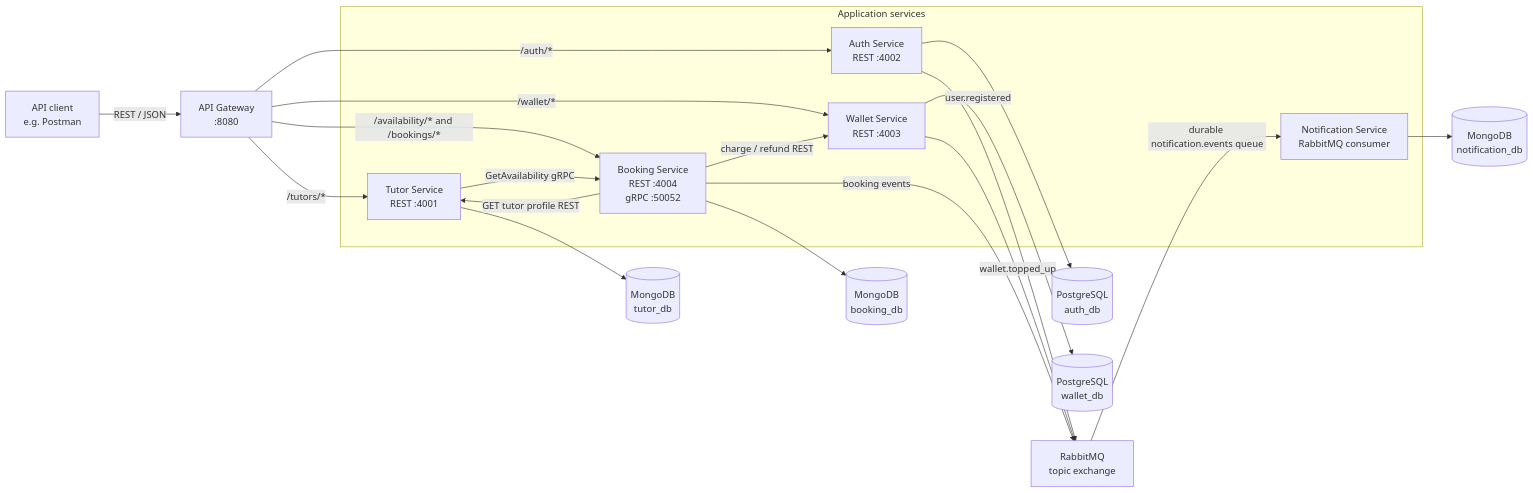
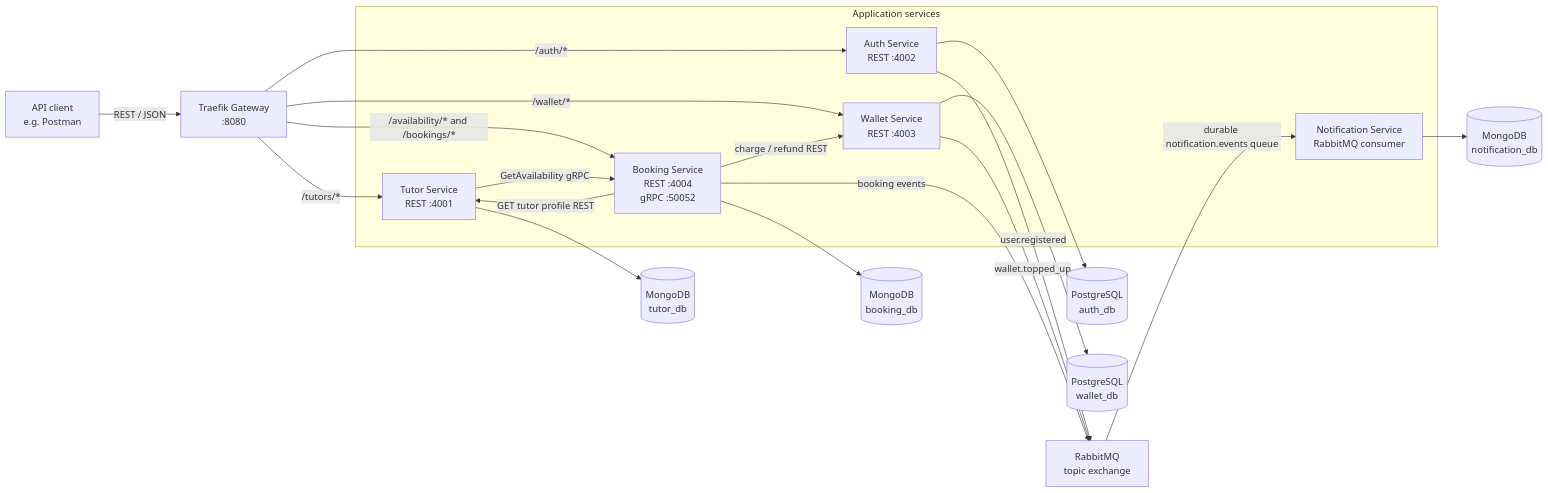
One commit to Azther0z/tutor-matcher-microservice changed the diagram in ARCHITECTURE.md. Above: the diagram before and after it, drawn with Mermaid. The commit also changed other lines of this file and 42 other files, not shown here.

Commit message:
feat(gateway): replace express and consul with traefik

````diff
--- a/ARCHITECTURE.md
+++ b/ARCHITECTURE.md
@@ -19,32 +19,32 @@
 ```mermaid
 flowchart LR
-    Client["API client<br/>e.g. Postman"] -->|REST / JSON| Gateway["API Gateway<br/>:8080"]
+    Client["API client<br/>e.g. Postman"] -->|REST / JSON| Gateway["Traefik Gateway<br/>:8080"]
 
     subgraph Services[Application services]
         Auth["Auth Service<br/>REST :4002"]
         Tutor["Tutor Service<br/>REST :4001"]
         Booking["Booking Service<br/>REST :4004<br/>gRPC :50052"]
         Wallet["Wallet Service<br/>REST :4003"]
         Notification["Notification Service<br/>RabbitMQ consumer"]
     end
 
     Gateway -->|/auth/*| Auth
     Gateway -->|/tutors/*| Tutor
     Gateway -->|/availability/* and /bookings/*| Booking
     Gateway -->|/wallet/*| Wallet
 
     Tutor -->|GetAvailability gRPC| Booking
     Booking -->|GET tutor profile REST| Tutor
     Booking -->|charge / refund REST| Wallet
 
     Auth -->|user.registered| Rabbit["RabbitMQ<br/>topic exchange"]
     Wallet -->|wallet.topped_up| Rabbit
     Booking -->|booking events| Rabbit
     Rabbit -->|durable notification.events queue| Notification
 
     Auth --> AuthDB[("PostgreSQL<br/>auth_db")]
     Wallet --> WalletDB[("PostgreSQL<br/>wallet_db")]
     Tutor --> MongoTutor[("MongoDB<br/>tutor_db")]
     Booking --> MongoBooking[("MongoDB<br/>booking_db")]
     Notification --> MongoNotification[("MongoDB<br/>notification_db")]
 ```
````
